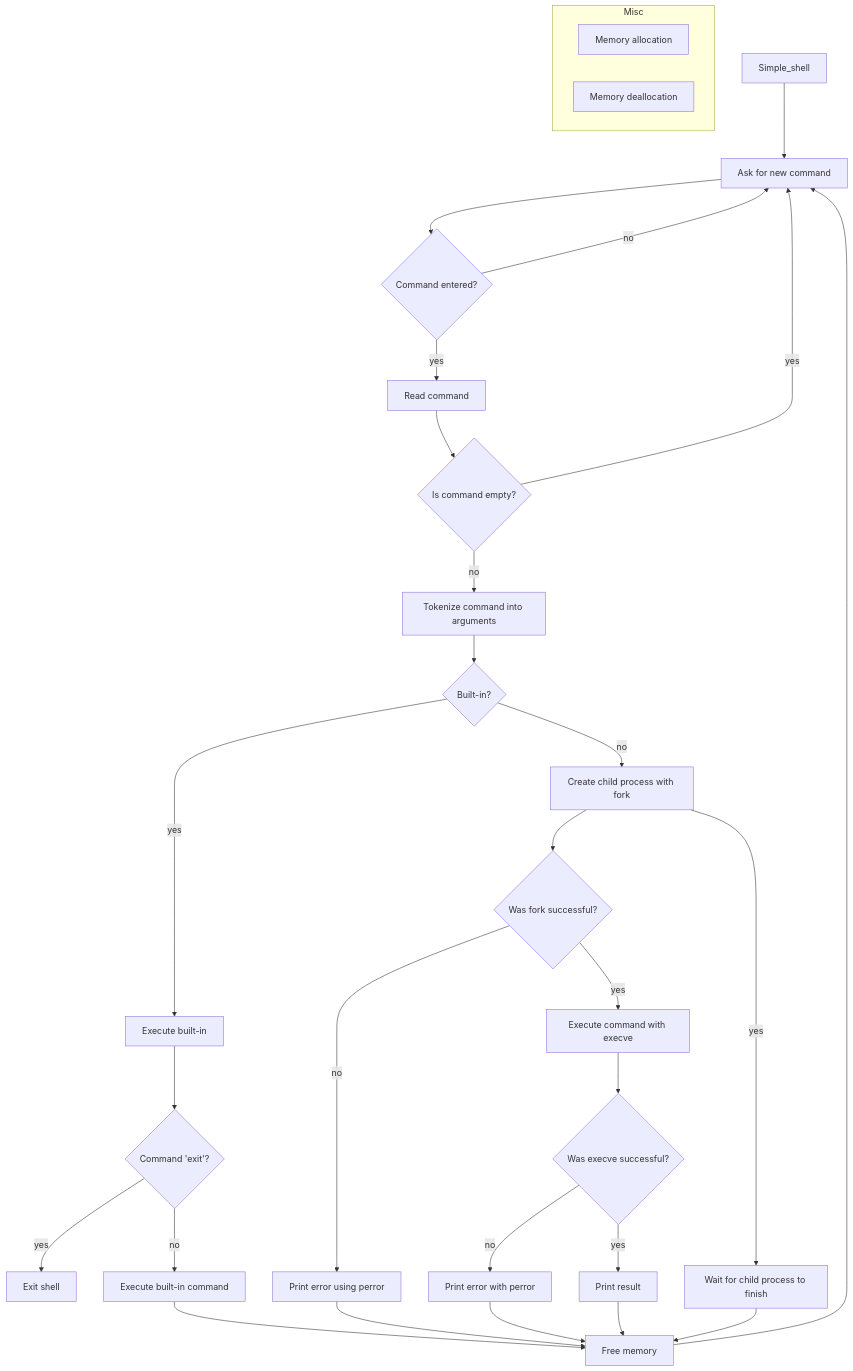
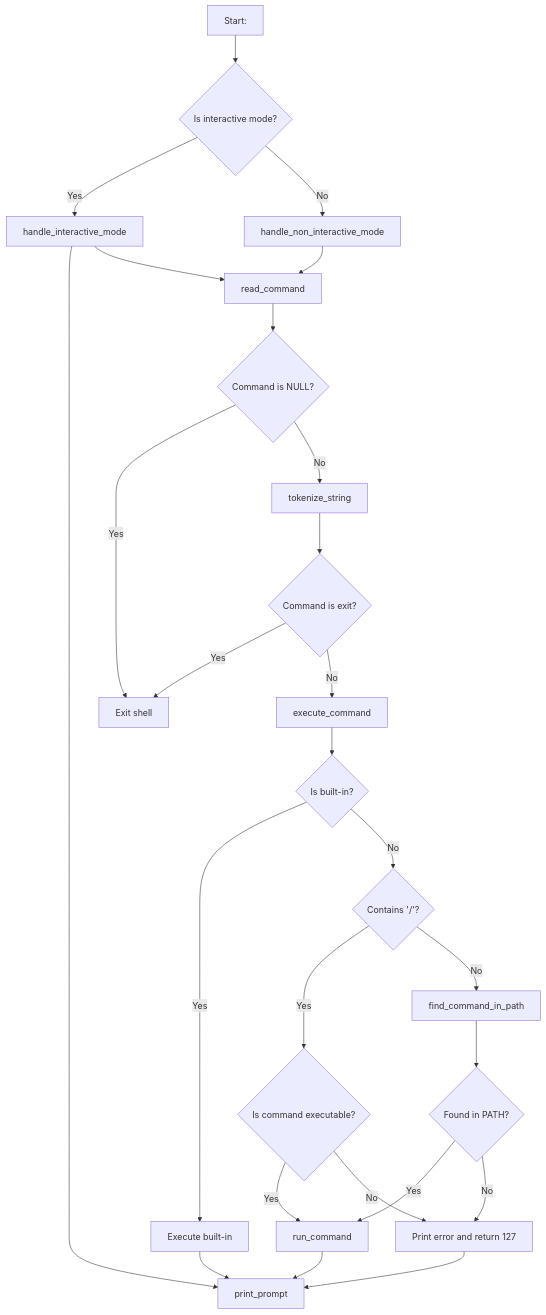
One commit to AnneCecile2935/holbertonschool-simple_shell changed the diagram in README.md. Above: the diagram before and after it, drawn with Mermaid. The commit also changed 9 other files, not shown here.

Commit message:
update with comments files and flowchart update

````diff
--- a/README.md
+++ b/README.md
@@ -234,34 +234,36 @@
 ```mermaid
 flowchart TD
 
-    A[Simple_shell] --> B[Start]
-    B --> C{Command entered?}
-    C -- no --> B
-    C -- yes --> D[Read command]
-    D --> E{Is command empty?}
-    E -- yes --> B
-    E -- no --> F[Tokenize command into arguments]
-    F --> G{Built-in?}
-    G -- yes --> H[Execute built-in]
-    G -- no --> I[Create child process with fork]
-    H --> I1{Command 'exit'?}
-    I1 -- yes --> J[Exit shell]
-    I1 -- no --> K[Execute built-in command]
-    I --> L{Was fork successful?}
-    L -- no --> M[Print error using perror]
-    L -- yes --> N[Execute command with execve]
-    N --> O{Was execve successful?}
-    O -- no --> P[Print error with perror]
-    O -- yes --> S[Print result]
-    I -- yes --> Q[Wait for child process to finish]
-  K --> R[Free memory]
-    M --> R[Free memory]
-    P --> R[Free memory]
-    Q --> R[Free memory]
-    S --> R[Free memory]
-    R --> B[Ask for new command]
-    subgraph Misc
-        R1[Memory allocation]
-        R2[Memory deallocation]
-    end
+    A[Start:] --> B{Is interactive mode?}
+    B -- Yes --> C[handle_interactive_mode]
+    B -- No --> D[handle_non_interactive_mode]
+
+    C --> E[print_prompt]
+    C --> F[read_command]
+    D --> F
+
+    F --> G{Command is NULL?}
+    G -- Yes --> Z[Exit shell]
+    G -- No --> H[tokenize_string]
+
+    H --> I{Command is exit?}
+    I -- Yes --> Z
+    I -- No --> J[execute_command]
+
+    J --> K{Is built-in?}
+    K -- Yes --> L[Execute built-in]
+    K -- No --> M{Contains '/'?}
+
+    M -- Yes --> N{Is command executable?}
+    N -- Yes --> O[run_command]
+    N -- No --> P[Print error and return 127]
+
+    M -- No --> Q[find_command_in_path]
+    Q --> R{Found in PATH?}
+    R -- Yes --> O
+    R -- No --> P
+
+    O --> E
+    L --> E
+    P --> E
 ```
````
